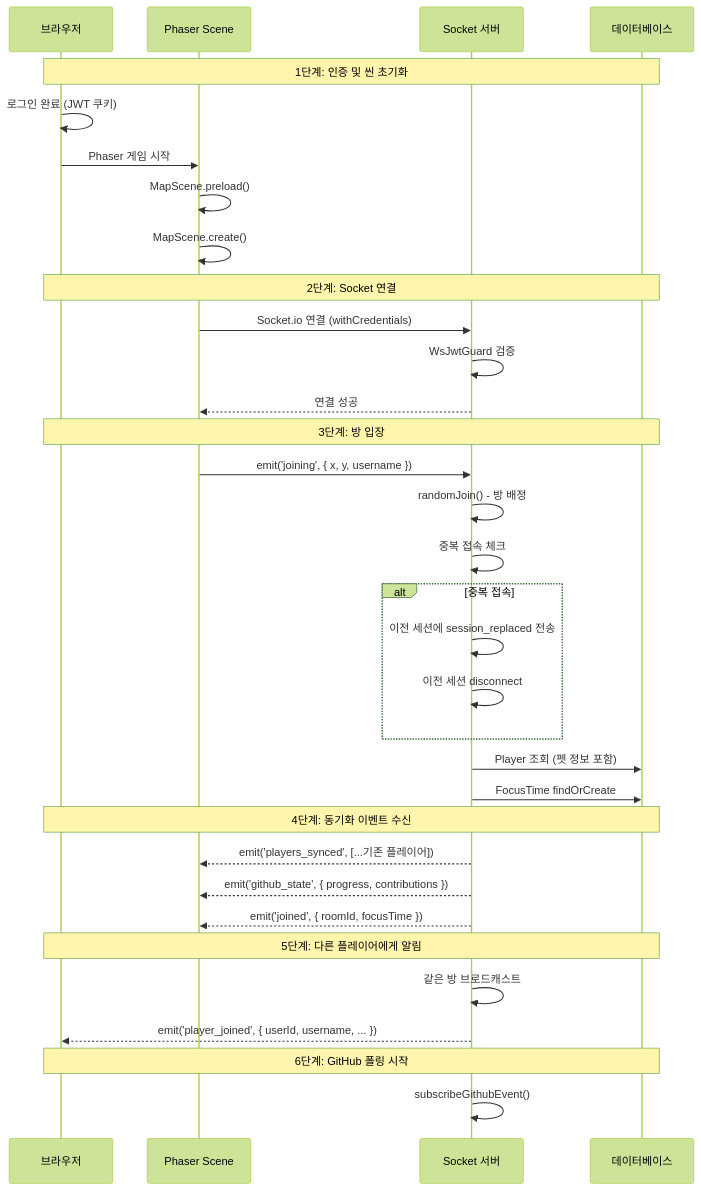
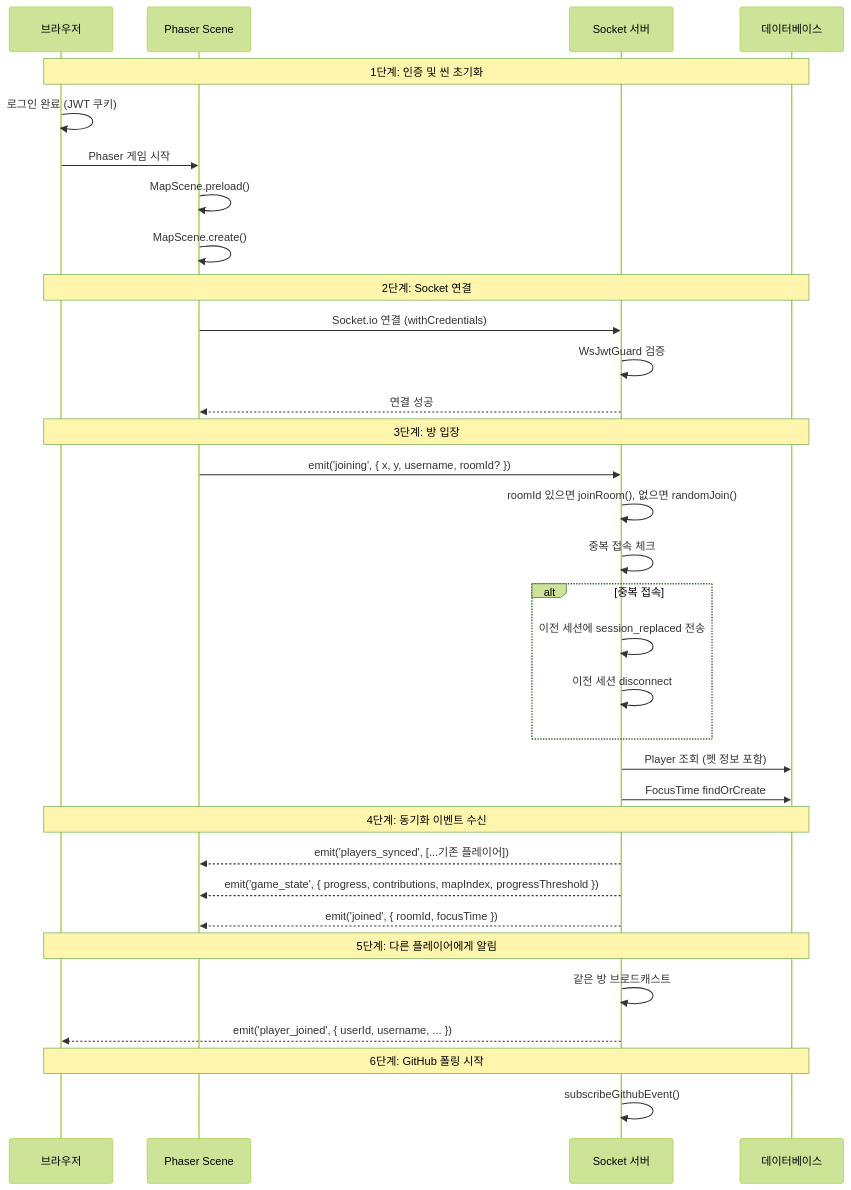
The second of 5 diagrams in docs/features/ROOM_JOIN_FLOW.md (boostcampwm2025/web19-estrogenquattro), drawn with Mermaid (forest theme) before and after one commit. The commit also changed other lines of this file and 97 other files, not shown here.

````diff
--- a/docs/features/ROOM_JOIN_FLOW.md
+++ b/docs/features/ROOM_JOIN_FLOW.md
@@ -38,44 +44,44 @@
 ```mermaid
 sequenceDiagram
     participant B as 브라우저
     participant P as Phaser Scene
     participant S as Socket 서버
     participant DB as 데이터베이스
 
     Note over B,DB: 1단계: 인증 및 씬 초기화
     B->>B: 로그인 완료 (JWT 쿠키)
     B->>P: Phaser 게임 시작
     P->>P: MapScene.preload()
     P->>P: MapScene.create()
 
     Note over B,DB: 2단계: Socket 연결
     P->>S: Socket.io 연결 (withCredentials)
     S->>S: WsJwtGuard 검증
     S-->>P: 연결 성공
 
     Note over B,DB: 3단계: 방 입장
-    P->>S: emit('joining', { x, y, username })
+    P->>S: emit('joining', { x, y, username, roomId? })
 
-    S->>S: randomJoin() - 방 배정
+    S->>S: roomId 있으면 joinRoom(), 없으면 randomJoin()
     S->>S: 중복 접속 체크
 
     alt 중복 접속
         S->>S: 이전 세션에 session_replaced 전송
         S->>S: 이전 세션 disconnect
     end
 
     S->>DB: Player 조회 (펫 정보 포함)
     S->>DB: FocusTime findOrCreate
 
     Note over B,DB: 4단계: 동기화 이벤트 수신
     S-->>P: emit('players_synced', [...기존 플레이어])
-    S-->>P: emit('github_state', { progress, contributions })
+    S-->>P: emit('game_state', { progress, contributions, mapIndex, progressThreshold })
     S-->>P: emit('joined', { roomId, focusTime })
 
     Note over B,DB: 5단계: 다른 플레이어에게 알림
     S->>S: 같은 방 브로드캐스트
     S-->>B: emit('player_joined', { userId, username, ... })
 
     Note over B,DB: 6단계: GitHub 폴링 시작
     S->>S: subscribeGithubEvent()
 ```
````
